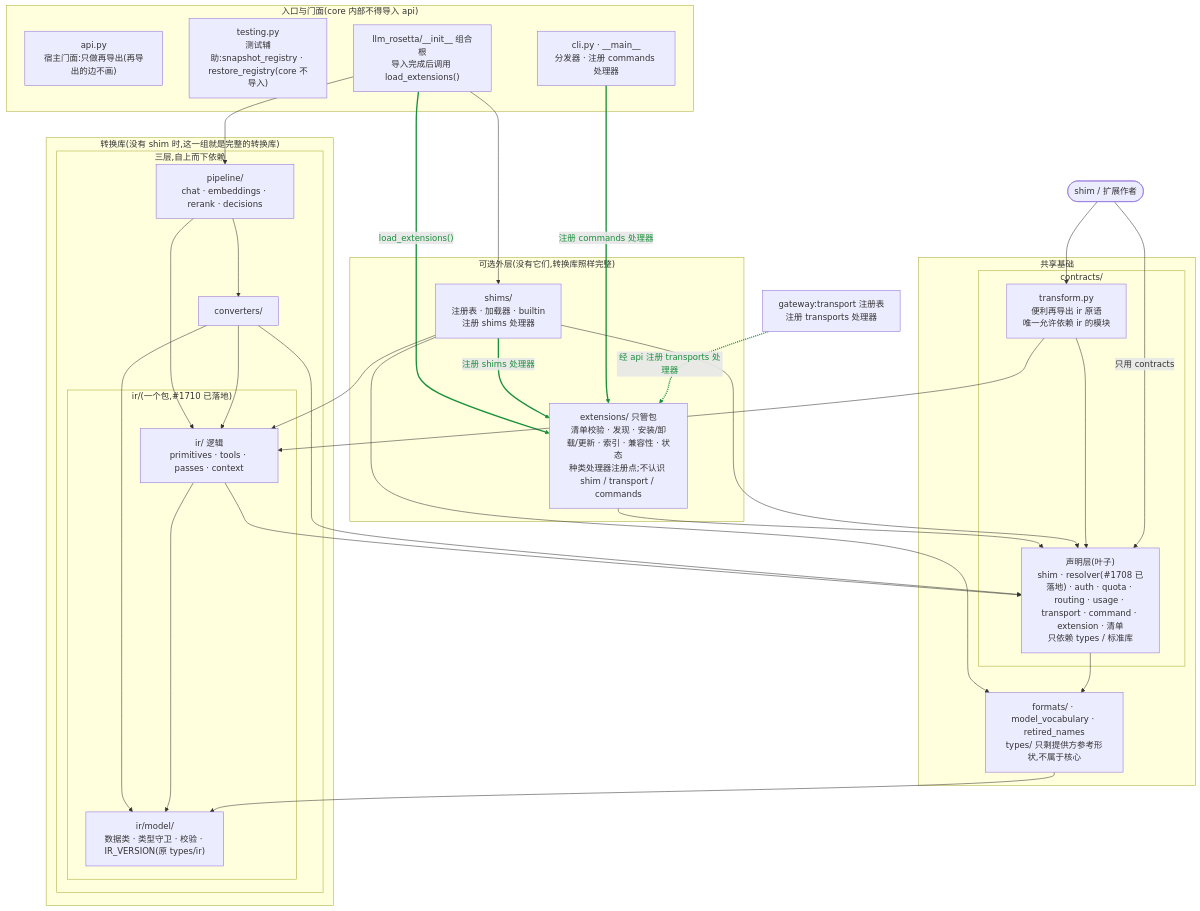
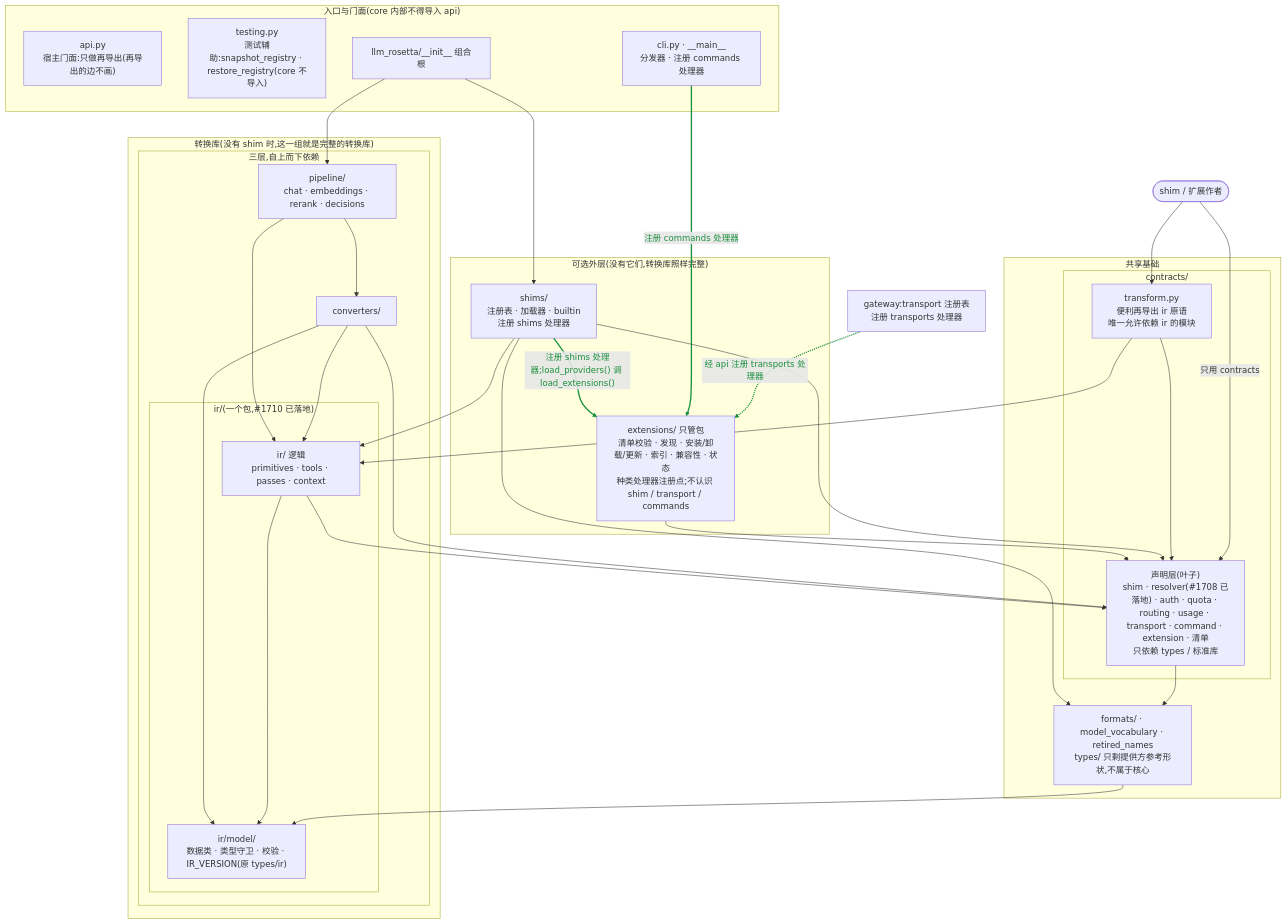
One commit to Oaklight/llm-rosetta changed the diagram in core_target.mmd. Above: the diagram before and after it, drawn with Mermaid. The commit also changed 3 other files, not shown here.

Commit message:
core: extensions registers handlers by kind; shims imports extensions, not the reverse (#1735)

```diff
--- a/core_target.mmd
+++ b/core_target.mmd
@@ -1,60 +1,58 @@
 flowchart TB
   AUTHOR(["shim / 扩展作者"])
   GW["gateway:transport 注册表<br/>注册 transports 处理器"]
   subgraph FACADE["入口与门面(core 内部不得导入 api)"]
     API["api.py<br/>宿主门面:只做再导出(再导出的边不画)"]
     TESTING["testing.py<br/>测试辅助:snapshot_registry · restore_registry(core 不导入)"]
-    INIT["llm_rosetta/__init__ 组合根<br/>导入完成后调用 load_extensions()"]
+    INIT["llm_rosetta/__init__ 组合根"]
     CLI["cli.py · __main__<br/>分发器 · 注册 commands 处理器"]
   end
   subgraph CORE["转换库(没有 shim 时,这一组就是完整的转换库)"]
     subgraph TIERS["三层,自上而下依赖"]
       PIPE["pipeline/<br/>chat · embeddings · rerank · decisions"]
       CVT["converters/"]
       subgraph IRCORE["ir/(一个包,#1710 已落地)"]
         IROPS["ir/ 逻辑<br/>primitives · tools · passes · context"]
         IRMODEL["ir/model/<br/>数据类 · 类型守卫 · 校验 · IR_VERSION(原 types/ir)"]
       end
     end
   end
   subgraph OPT["可选外层(没有它们,转换库照样完整)"]
     EXTS["extensions/ 只管包<br/>清单校验 · 发现 · 安装/卸载/更新 · 索引 · 兼容性 · 状态<br/>种类处理器注册点;不认识 shim / transport / commands"]
     SHIM["shims/<br/>注册表 · 加载器 · builtin<br/>注册 shims 处理器"]
   end
   subgraph FOUND["共享基础"]
     subgraph CONS["contracts/"]
       CDECL["声明层(叶子)<br/>shim · resolver(#1708 已落地) · auth · quota · routing · usage · transport · command · extension · 清单<br/>只依赖 types / 标准库"]
       CXF["transform.py<br/>便利再导出 ir 原语<br/>唯一允许依赖 ir 的模块"]
     end
     FMT["formats/ · model_vocabulary · retired_names<br/>types/ 只剩提供方参考形状,不属于核心"]
   end
 
 
   INIT --> PIPE
   INIT --> SHIM
-  INIT -->|"load_extensions()"| EXTS
-  SHIM -->|"注册 shims 处理器"| EXTS
+  SHIM -->|"注册 shims 处理器;load_providers() 调 load_extensions()"| EXTS
   CLI -->|"注册 commands 处理器"| EXTS
   GW -.->|"经 api 注册 transports 处理器"| EXTS
   EXTS --> CDECL
   SHIM --> CDECL
   SHIM --> IROPS
   SHIM --> FMT
   PIPE --> CVT
   PIPE --> IROPS
   CVT --> IROPS
   CVT --> IRMODEL
   CVT --> CDECL
   IROPS --> CDECL
   IROPS --> IRMODEL
   FMT --> IRMODEL
   CXF --> IROPS
   CXF --> CDECL
   CDECL --> FMT
   AUTHOR -->|"只用 contracts"| CDECL
   AUTHOR --> CXF
 
   linkStyle 2 stroke:#1a8f3c,stroke-width:2.5px,color:#1a8f3c
   linkStyle 3 stroke:#1a8f3c,stroke-width:2.5px,color:#1a8f3c
   linkStyle 4 stroke:#1a8f3c,stroke-width:2.5px,color:#1a8f3c
-  linkStyle 5 stroke:#1a8f3c,stroke-width:2.5px,color:#1a8f3c
```
